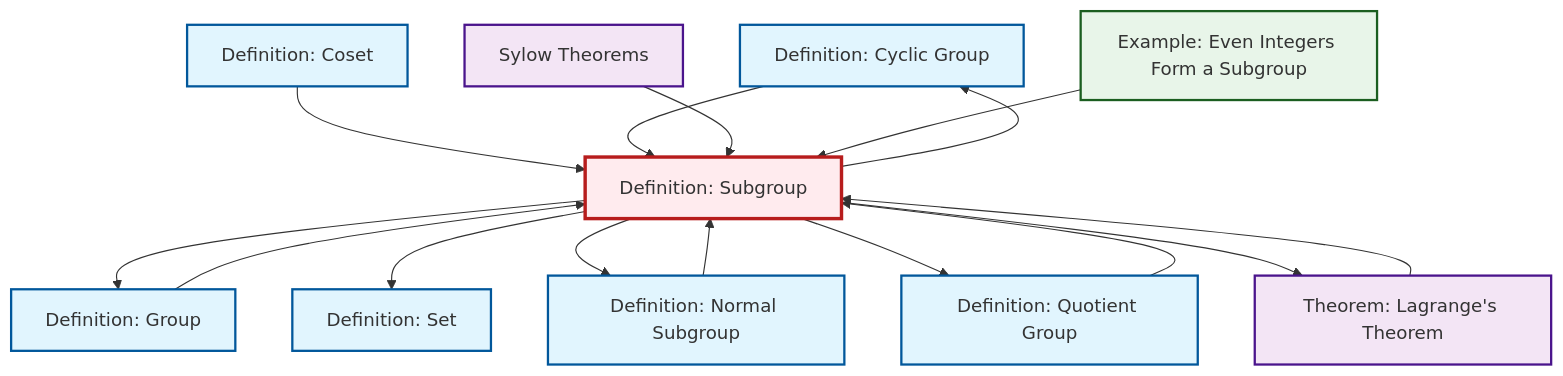
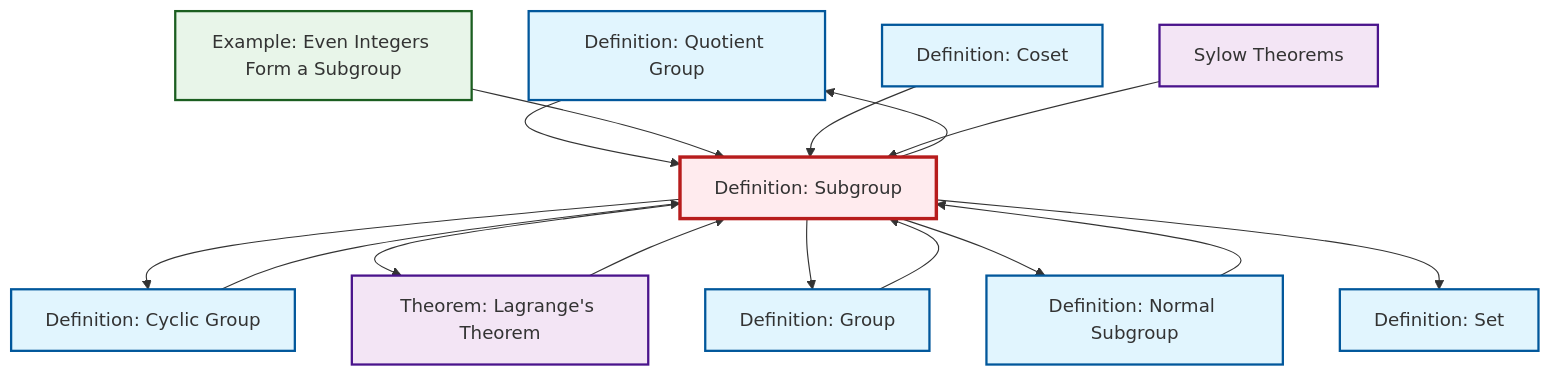
One commit to RK0429/ModernMath changed the diagram in content/ja/algebra/def-subgroup.qmd. Above: the diagram before and after it, drawn with Mermaid. The commit also changed other lines of this file and 554 other files, not shown here.

````diff
--- a/content/ja/algebra/def-subgroup.qmd
+++ b/content/ja/algebra/def-subgroup.qmd
@@ -53,43 +53,43 @@
 ```{mermaid}
 %%| fig-cap: "Local dependency graph"
 graph TD
     classDef definition fill:#e1f5fe,stroke:#01579b,stroke-width:2px
     classDef theorem fill:#f3e5f5,stroke:#4a148c,stroke-width:2px
     classDef axiom fill:#fff3e0,stroke:#e65100,stroke-width:2px
     classDef example fill:#e8f5e9,stroke:#1b5e20,stroke-width:2px
     classDef current fill:#ffebee,stroke:#b71c1c,stroke-width:3px
+    def-quotient-group["Definition: Quotient Group"]:::definition
+    ex-even-integers-subgroup["Example: Even Integers Form a Subgroup"]:::example
+    def-subgroup["Definition: Subgroup"]:::definition
     def-cyclic-group["Definition: Cyclic Group"]:::definition
+    def-group["Definition: Group"]:::definition
     def-set["Definition: Set"]:::definition
-    def-quotient-group["Definition: Quotient Group"]:::definition
     thm-sylow["Sylow Theorems"]:::theorem
     def-normal-subgroup["Definition: Normal Subgroup"]:::definition
-    def-group["Definition: Group"]:::definition
-    def-subgroup["Definition: Subgroup"]:::definition
+    def-coset["Definition: Coset"]:::definition
     thm-lagrange["Theorem: Lagrange's Theorem"]:::theorem
-    ex-even-integers-subgroup["Example: Even Integers Form a Subgroup"]:::example
-    def-coset["Definition: Coset"]:::definition
+    def-quotient-group --> def-subgroup
+    def-normal-subgroup --> def-subgroup
+    ex-even-integers-subgroup --> def-subgroup
     def-subgroup --> def-cyclic-group
+    def-subgroup --> thm-lagrange
+    def-coset --> def-subgroup
     def-subgroup --> def-group
+    def-subgroup --> def-normal-subgroup
+    def-subgroup --> def-quotient-group
     def-group --> def-subgroup
-    def-coset --> def-subgroup
-    def-quotient-group --> def-subgroup
+    def-cyclic-group --> def-subgroup
+    thm-sylow --> def-subgroup
     thm-lagrange --> def-subgroup
     def-subgroup --> def-set
-    def-cyclic-group --> def-subgroup
-    def-subgroup --> def-normal-subgroup
-    thm-sylow --> def-subgroup
-    ex-even-integers-subgroup --> def-subgroup
-    def-normal-subgroup --> def-subgroup
-    def-subgroup --> def-quotient-group
-    def-subgroup --> thm-lagrange
     class def-subgroup current
+    click def-quotient-group "def-quotient-group.html" "Definition: Quotient Groupへ"
+    click ex-even-integers-subgroup "ex-even-integers-subgroup.html" "Example: Even Integers Form a Subgroupへ"
     click def-cyclic-group "def-cyclic-group.html" "Definition: Cyclic Groupへ"
+    click def-group "def-group.html" "Definition: Groupへ"
     click def-set "def-set.html" "Definition: Setへ"
-    click def-quotient-group "def-quotient-group.html" "Definition: Quotient Groupへ"
     click thm-sylow "thm-sylow.html" "Sylow Theoremsへ"
     click def-normal-subgroup "def-normal-subgroup.html" "Definition: Normal Subgroupへ"
-    click def-group "def-group.html" "Definition: Groupへ"
+    click def-coset "def-coset.html" "Definition: Cosetへ"
     click thm-lagrange "thm-lagrange.html" "Theorem: Lagrange's Theoremへ"
-    click ex-even-integers-subgroup "ex-even-integers-subgroup.html" "Example: Even Integers Form a Subgroupへ"
-    click def-coset "def-coset.html" "Definition: Cosetへ"
 ```
````
